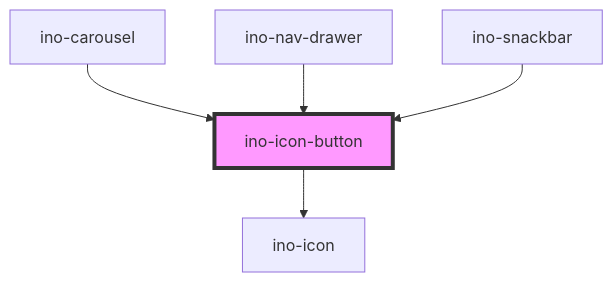
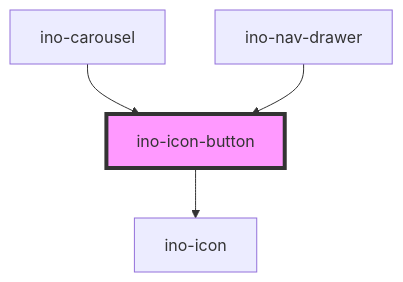
One commit to inovex/elements changed the diagram in packages/elements/src/components/ino-icon-button/readme.md. Above: the diagram before and after it, drawn with Mermaid. The commit also changed other lines of this file and 8 other files, not shown here.

Commit message:
style(elements|ino-snackbar): update styling

````diff
--- a/packages/elements/src/components/ino-icon-button/readme.md
+++ b/packages/elements/src/components/ino-icon-button/readme.md
@@ -152,8 +151,7 @@
 ```mermaid
 graph TD;
   ino-icon-button --> ino-icon
   ino-carousel --> ino-icon-button
   ino-nav-drawer --> ino-icon-button
-  ino-snackbar --> ino-icon-button
   style ino-icon-button fill:#f9f,stroke:#333,stroke-width:4px
 ```
````
